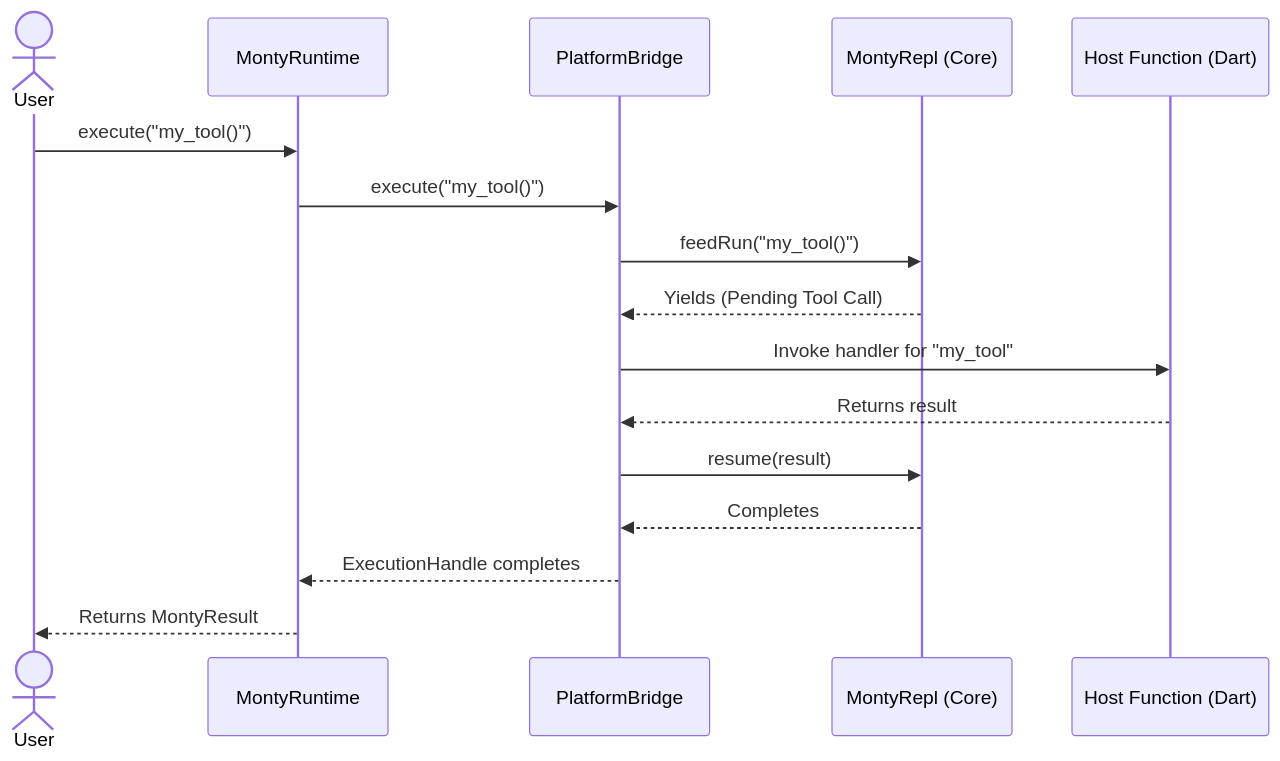
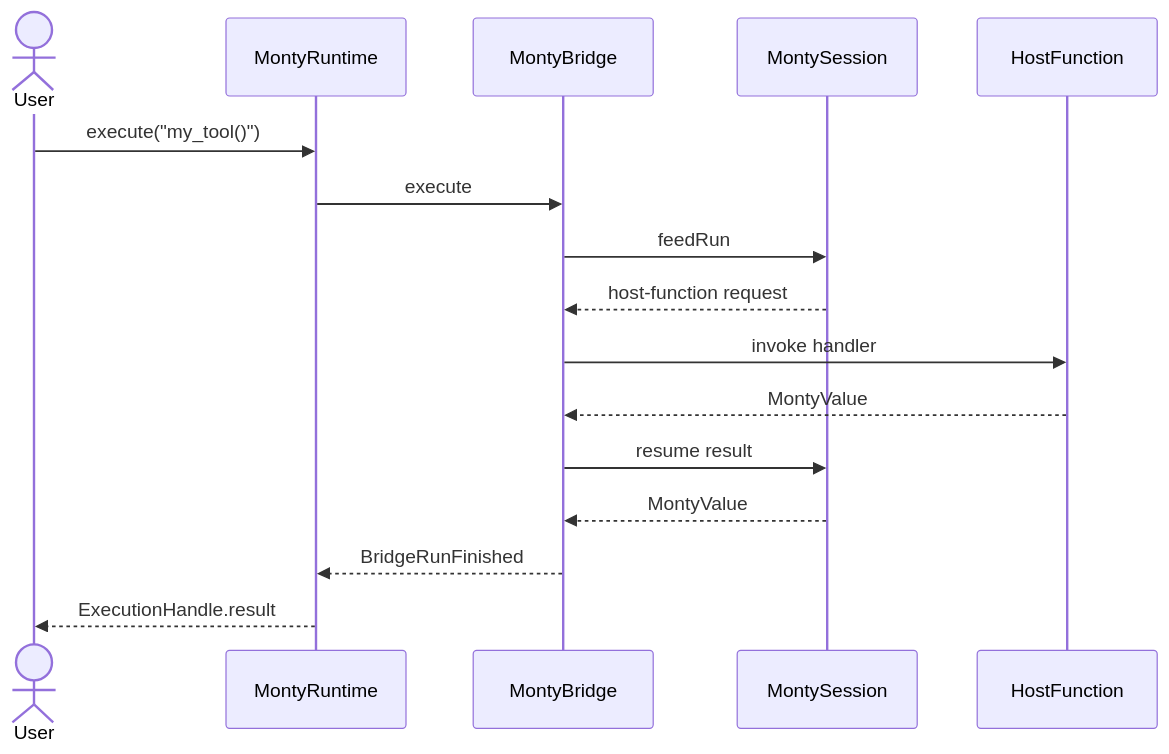
One commit to runyaga/dart_monty changed the third of 3 diagrams in docs/architecture/overview.md. Above: the diagram before and after it, drawn with Mermaid. The commit also changed other lines of this file and 7 other files, not shown here.

First line of the commit message:
Fix stale architecture, internals and contributor docs (#503)

````diff
--- a/docs/architecture/overview.md
+++ b/docs/architecture/overview.md
@@ -73,19 +38,19 @@
 ```mermaid
 sequenceDiagram
     actor User
     participant RT as MontyRuntime
-    participant PB as PlatformBridge
-    participant MR as MontyRepl (Core)
-    participant HF as Host Function (Dart)
+    participant B as MontyBridge
+    participant S as MontySession
+    participant H as HostFunction
 
     User->>RT: execute("my_tool()")
-    RT->>PB: execute("my_tool()")
-    PB->>MR: feedRun("my_tool()")
-    MR-->>PB: Yields (Pending Tool Call)
-    PB->>HF: Invoke handler for "my_tool"
-    HF-->>PB: Returns result
-    PB->>MR: resume(result)
-    MR-->>PB: Completes
-    PB-->>RT: ExecutionHandle completes
-    RT-->>User: Returns MontyResult
+    RT->>B: execute
+    B->>S: feedRun
+    S-->>B: host-function request
+    B->>H: invoke handler
+    H-->>B: MontyValue
+    B->>S: resume result
+    S-->>B: MontyValue
+    B-->>RT: BridgeRunFinished
+    RT-->>User: ExecutionHandle.result
 ```
````
